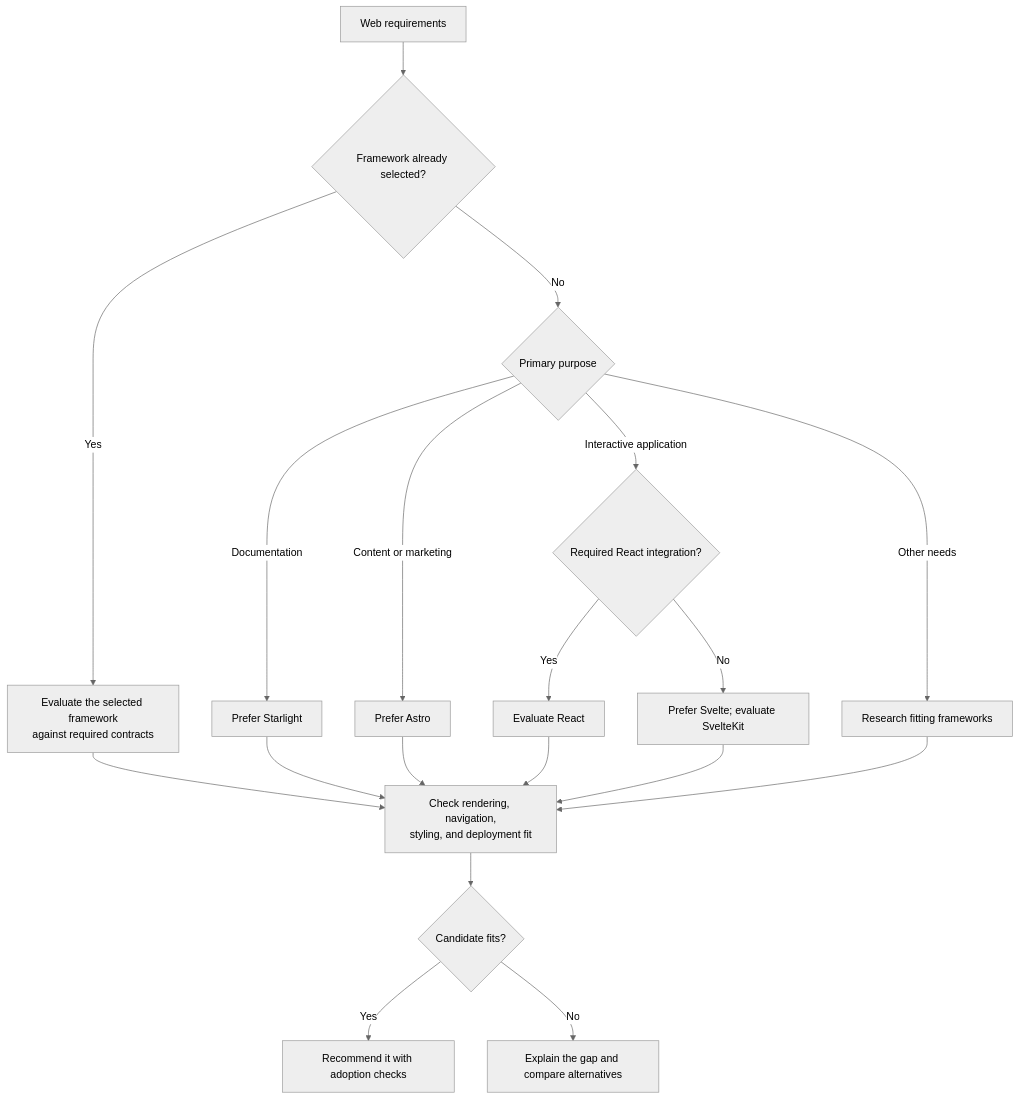
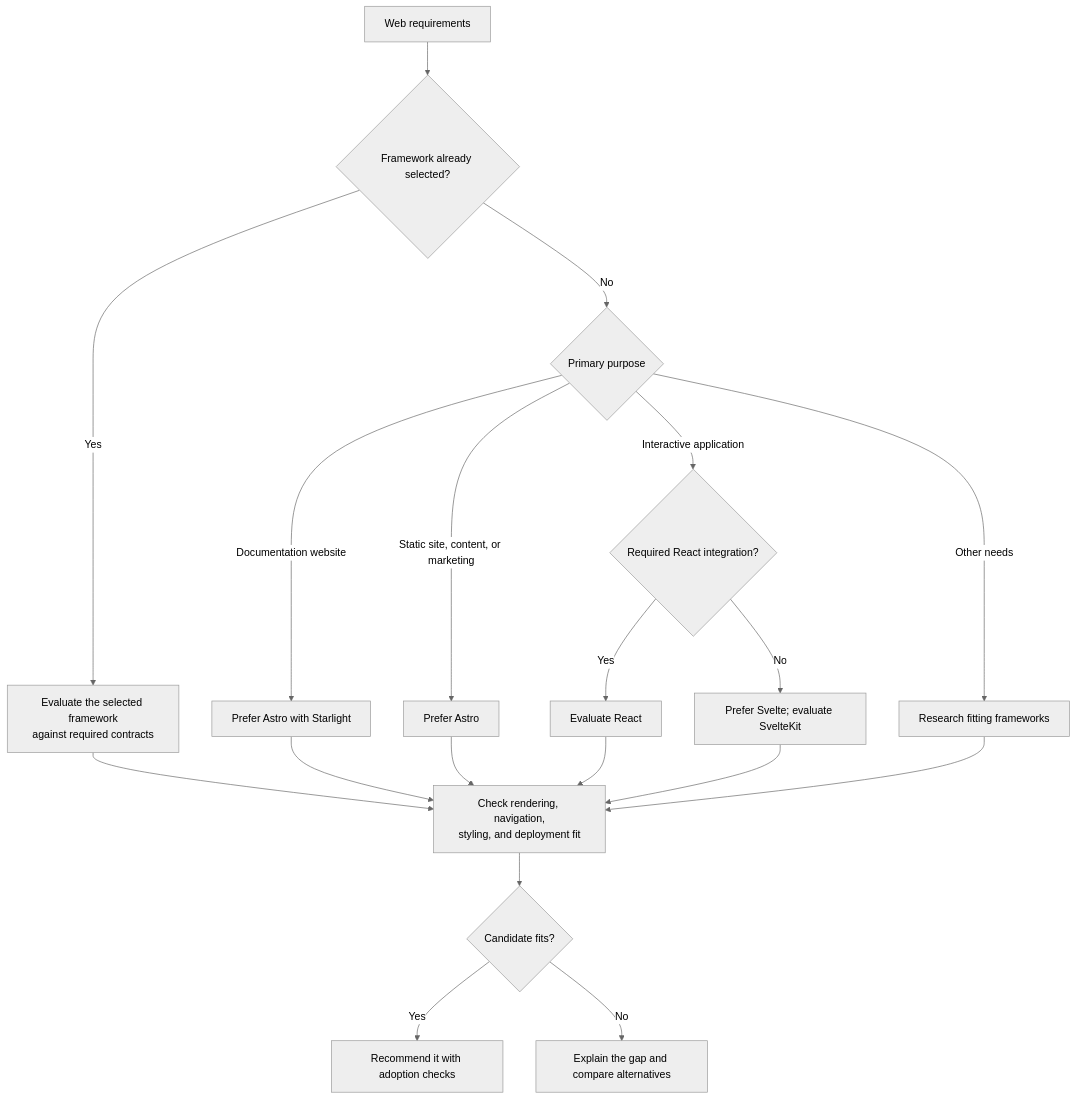
Before and after one commit to VdustR/skills: the diagram in skills/vp-stack-selection/references/web.md, drawn with Mermaid (neutral theme). The commit also changed other lines of this file and 5 other files, not shown here.

Commit message:
docs(vp-stack-selection): define Astro and Starlight selection boundaries (#123)

````diff
--- a/skills/vp-stack-selection/references/web.md
+++ b/skills/vp-stack-selection/references/web.md
@@ -6,21 +6,21 @@
 ```mermaid
 flowchart TD
     A[Web requirements] --> B{Framework already selected?}
     B -->|Yes| C[Evaluate the selected framework<br/>against required contracts]
     B -->|No| D{Primary purpose}
-    D -->|Documentation| E[Prefer Starlight]
-    D -->|Content or marketing| F[Prefer Astro]
+    D -->|Documentation website| E[Prefer Astro with Starlight]
+    D -->|Static site, content, or marketing| F[Prefer Astro]
     D -->|Interactive application| G{Required React integration?}
     G -->|Yes| H[Evaluate React]
     G -->|No| I[Prefer Svelte; evaluate SvelteKit]
     D -->|Other needs| J[Research fitting frameworks]
     C --> K[Check rendering, navigation,<br/>styling, and deployment fit]
     E --> K
     F --> K
     H --> K
     I --> K
     J --> K
     K --> L{Candidate fits?}
     L -->|Yes| M[Recommend it with adoption checks]
     L -->|No| N[Explain the gap and compare alternatives]
 ```
````
